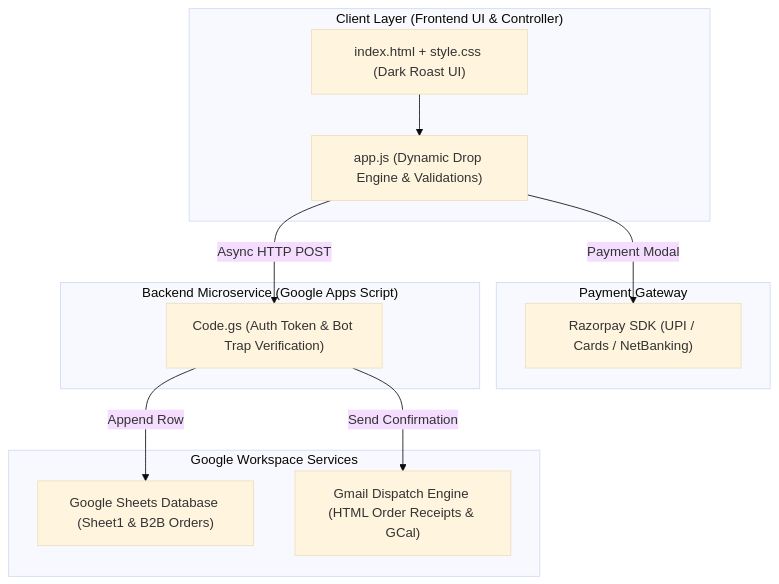
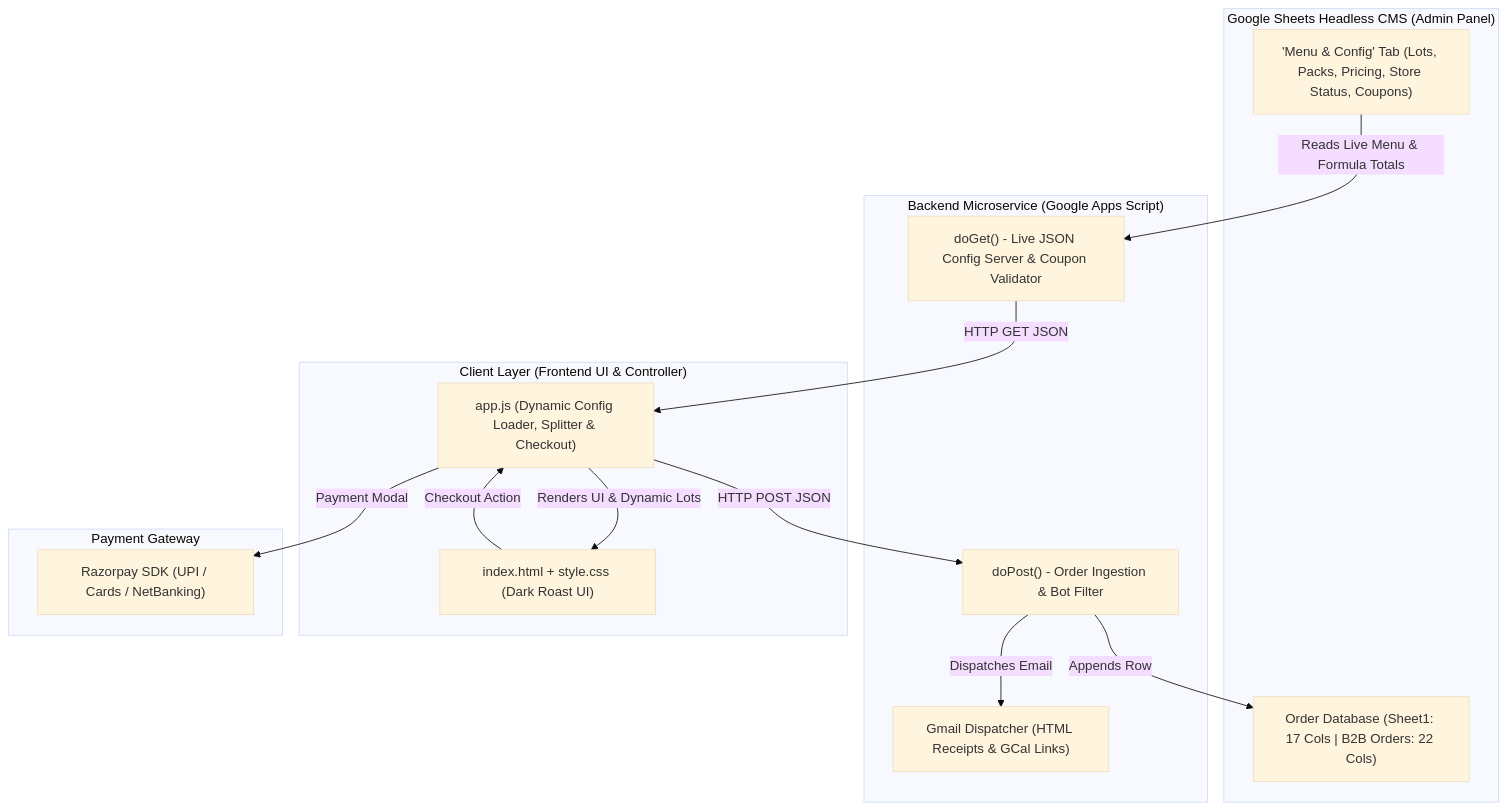
Before and after one commit to notastitva/apartment-brew-orders: the diagram in README.md, drawn with Mermaid (base theme). The commit also changed other lines of this file and 3 other files, not shown here.

````diff
--- a/README.md
+++ b/README.md
@@ -21,26 +21,32 @@
 ```mermaid
 flowchart TD
+    subgraph SheetsCMS["Google Sheets Headless CMS (Admin Panel)"]
+        Config["'Menu & Config' Tab (Lots, Packs, Pricing, Store Status, Coupons)"]
+        LiveDB["Order Database (Sheet1: 17 Cols | B2B Orders: 22 Cols)"]
+    end
+
+    subgraph Backend["Backend Microservice (Google Apps Script)"]
+        DoGet["doGet() - Live JSON Config Server & Coupon Validator"]
+        DoPost["doPost() - Order Ingestion & Bot Filter"]
+        Mailer["Gmail Dispatcher (HTML Receipts & GCal Links)"]
+    end
+
     subgraph Frontend["Client Layer (Frontend UI & Controller)"]
         UI["index.html + style.css (Dark Roast UI)"]
-        JS["app.js (Dynamic Drop Engine & Validations)"]
+        JS["app.js (Dynamic Config Loader, Splitter & Checkout)"]
     end
 
-    subgraph Gateway["Payment Gateway"]
+    subgraph Payments["Payment Gateway"]
         RZP["Razorpay SDK (UPI / Cards / NetBanking)"]
     end
 
-    subgraph Serverless["Backend Microservice (Google Apps Script)"]
-        GAS["Code.gs (Auth Token & Bot Trap Verification)"]
-    end
-
-    subgraph Storage["Google Workspace Services"]
-        DB["Google Sheets Database (Sheet1 & B2B Orders)"]
-        Mail["Gmail Dispatch Engine (HTML Order Receipts & GCal)"]
-    end
-
-    UI --> JS
+    %% Flow
+    Config -->|Reads Live Menu & Formula Totals| DoGet
+    DoGet -->|HTTP GET JSON| JS
+    JS -->|Renders UI & Dynamic Lots| UI
+    UI -->|Checkout Action| JS
     JS -->|Payment Modal| RZP
-    JS -->|Async HTTP POST| GAS
-    GAS -->|Append Row| DB
-    GAS -->|Send Confirmation| Mail
+    JS -->|HTTP POST JSON| DoPost
+    DoPost -->|Appends Row| LiveDB
+    DoPost -->|Dispatches Email| Mailer
 ```
````
